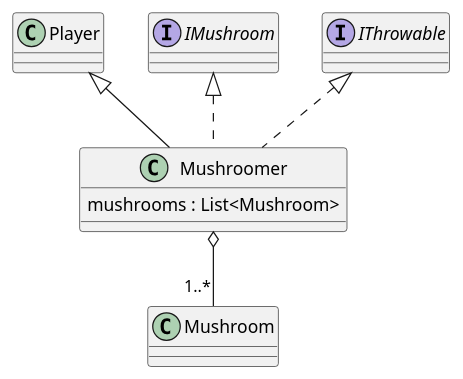
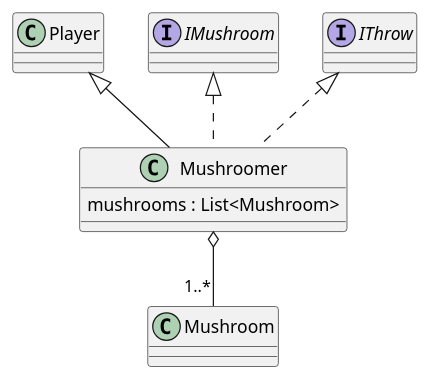
Before and after one commit to Petya-G/fungorium: the diagram in 4/classes/player/mushroomer.puml, drawn with PlantUML. The commit also changed 8 other files, not shown here.

```diff
--- a/4/classes/player/mushroomer.puml
+++ b/4/classes/player/mushroomer.puml
@@ -1,8 +1,8 @@
 @startuml mushroomer
 
 Mushroomer o-- "1..*" Mushroom
-class Mushroomer extends Player implements IMushroom, IThrowable{
+class Mushroomer extends Player implements IMushroom, IThrow{
     mushrooms : List<Mushroom>
 }
 
 @enduml
```
